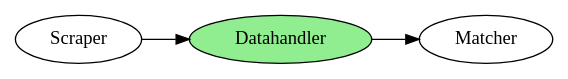
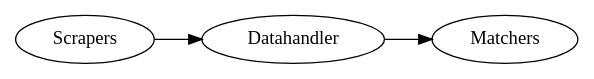
Before and after one commit to larsaars/KIP_EinfachErklaert: the diagram in documentation/midterm_review/grafiken/pipeline_2.dot, drawn with Graphviz. The commit also changed 4 other files, not shown here.

```diff
--- a/documentation/midterm_review/grafiken/pipeline_2.dot
+++ b/documentation/midterm_review/grafiken/pipeline_2.dot
@@ -1,7 +1,7 @@
 digraph G {
     rankdir=LR; // Direction from left to right
-    Scraper; // Default style for scraper
-    Datahandler [style=filled, fillcolor=lightgreen]; // Datahandler is green
-    Matcher; // Default style for Matcher
-    Scraper -> Datahandler -> Matcher; // Define the connections
+    Scrapers; // Default style for scraper
+    Datahandler; // Datahandler is green
+    Matchers; // Default style for Matcher
+    Scrapers -> Datahandler -> Matchers; // Define the connections
 }
```
